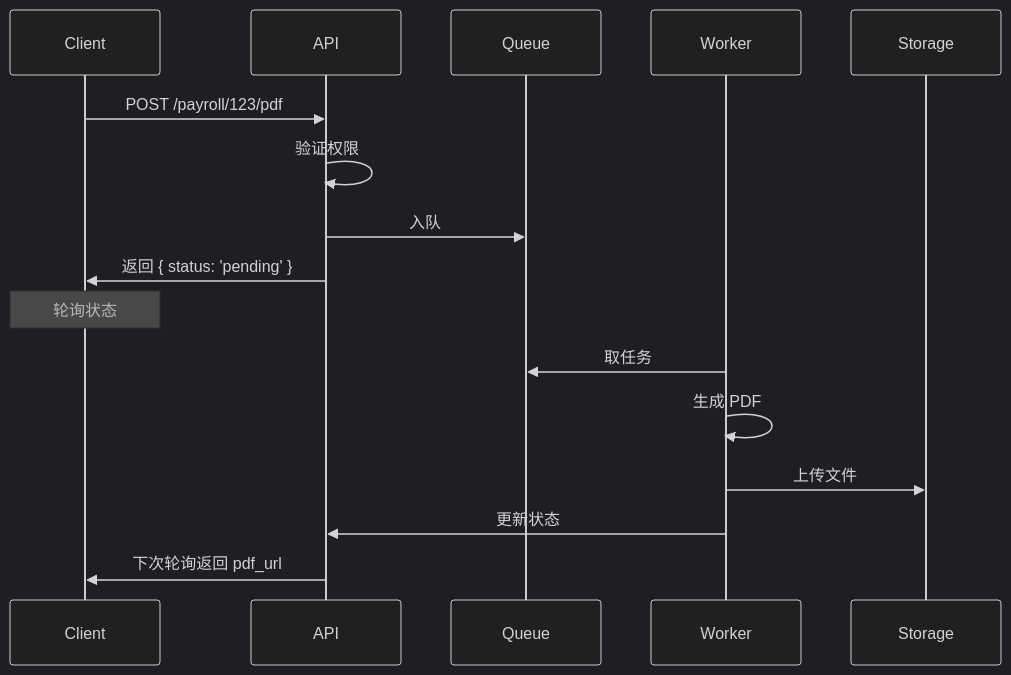
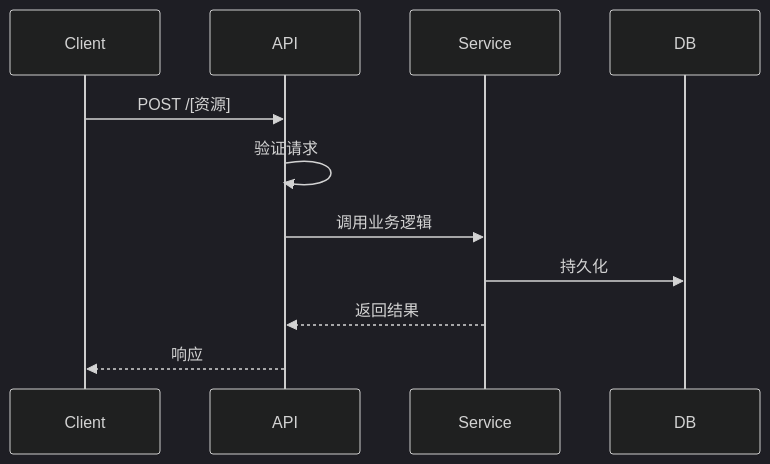
Before and after one commit to Wanxian-Liu/sindri: the first of 2 diagrams in roles/strategy/strategy-technical-writer.md, drawn with Mermaid (dark theme). The commit also changed other lines of this file and 3 other files, not shown here.

````diff
--- a/roles/strategy/strategy-technical-writer.md
+++ b/roles/strategy/strategy-technical-writer.md
@@ -417,20 +491,14 @@
 ```mermaid
 sequenceDiagram
     participant Client
     participant API
-    participant Queue
-    participant Worker
-    participant Storage
+    participant Service
+    participant DB
 
-    Client->>API: POST /payroll/123/pdf
-    API->>API: 验证权限
-    API->>Queue: 入队
-    API->>Client: 返回 { status: 'pending' }
-    Note over Client: 轮询状态
-
-    Worker->>Queue: 取任务
-    Worker->>Worker: 生成 PDF
-    Worker->>Storage: 上传文件
-    Worker->>API: 更新状态
-    API->>Client: 下次轮询返回 pdf_url
+    Client->>API: POST /[资源]
+    API->>API: 验证请求
+    API->>Service: 调用业务逻辑
+    Service->>DB: 持久化
+    Service-->>API: 返回结果
+    API-->>Client: 响应
 ```
````
